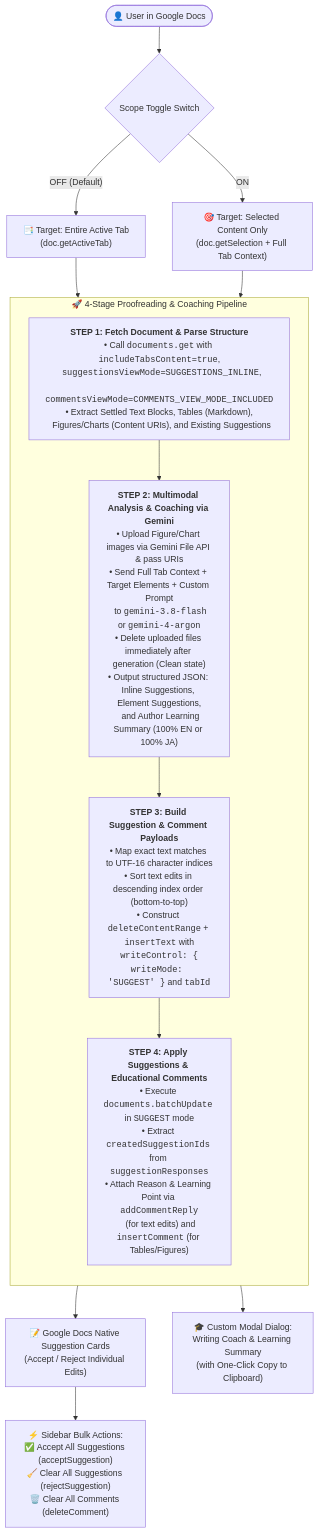
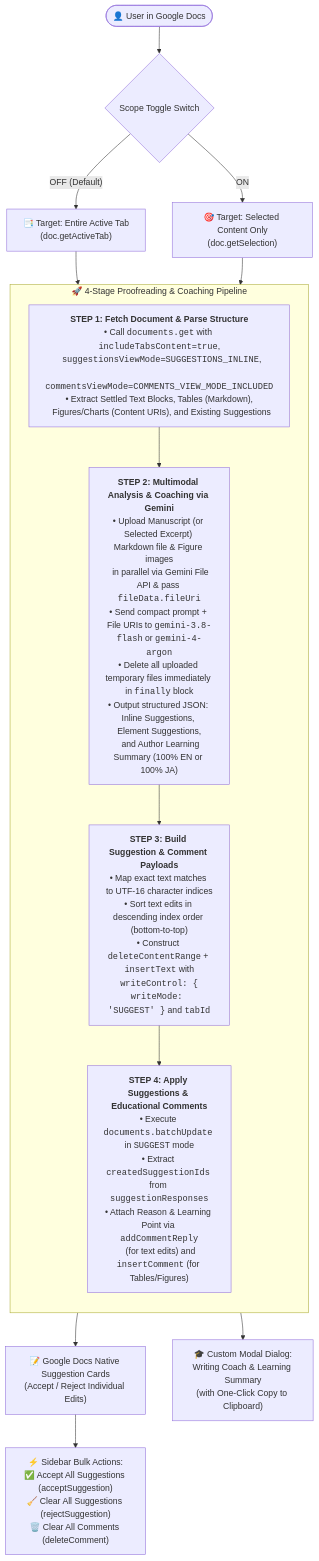
Before and after one commit to tanaikech/DocuMentorAI: the diagram in README.md, drawn with Mermaid. The commit also changed other lines of this file and 2 other files, not shown here.

Commit message:
Update to v1.0.1: Upload manuscript and selected excerpt via Gemini File API

````diff
--- a/README.md
+++ b/README.md
@@ -97,26 +97,26 @@
 ```mermaid
 flowchart TD
     User(["👤 User in Google Docs"]) --> Toggle{"Scope Toggle Switch"}
     Toggle -- "OFF (Default)" --> ScopeTab["📑 Target: Entire Active Tab<br/>(doc.getActiveTab)"]
-    Toggle -- "ON" --> ScopeSel["🎯 Target: Selected Content Only<br/>(doc.getSelection + Full Tab Context)"]
+    Toggle -- "ON" --> ScopeSel["🎯 Target: Selected Content Only<br/>(doc.getSelection)"]
 
     ScopeTab --> Step1
     ScopeSel --> Step1
 
     subgraph Pipeline ["🚀 4-Stage Proofreading & Coaching Pipeline"]
         direction TB
         Step1["<b>STEP 1: Fetch Document & Parse Structure</b><br/>• Call <code>documents.get</code> with <code>includeTabsContent=true</code>,<br/>  <code>suggestionsViewMode=SUGGESTIONS_INLINE</code>,<br/>  <code>commentsViewMode=COMMENTS_VIEW_MODE_INCLUDED</code><br/>• Extract Settled Text Blocks, Tables (Markdown),<br/>  Figures/Charts (Content URIs), and Existing Suggestions"]
 
-        Step2["<b>STEP 2: Multimodal Analysis & Coaching via Gemini</b><br/>• Upload Figure/Chart images via Gemini File API & pass URIs<br/>• Send Full Tab Context + Target Elements + Custom Prompt<br/>  to <code>gemini-3.8-flash</code> or <code>gemini-4-argon</code><br/>• Delete uploaded files immediately after generation (Clean state)<br/>• Output structured JSON: Inline Suggestions, Element Suggestions,<br/>  and Author Learning Summary (100% EN or 100% JA)"]
+        Step2["<b>STEP 2: Multimodal Analysis & Coaching via Gemini</b><br/>• Upload Manuscript (or Selected Excerpt) Markdown file & Figure images<br/>  in parallel via Gemini File API & pass <code>fileData.fileUri</code><br/>• Send compact prompt + File URIs to <code>gemini-3.8-flash</code> or <code>gemini-4-argon</code><br/>• Delete all uploaded temporary files immediately in <code>finally</code> block<br/>• Output structured JSON: Inline Suggestions, Element Suggestions,<br/>  and Author Learning Summary (100% EN or 100% JA)"]
 
         Step3["<b>STEP 3: Build Suggestion & Comment Payloads</b><br/>• Map exact text matches to UTF-16 character indices<br/>• Sort text edits in descending index order (bottom-to-top)<br/>• Construct <code>deleteContentRange</code> + <code>insertText</code> with<br/>  <code>writeControl: { writeMode: 'SUGGEST' }</code> and <code>tabId</code>"]
 
         Step4["<b>STEP 4: Apply Suggestions & Educational Comments</b><br/>• Execute <code>documents.batchUpdate</code> in <code>SUGGEST</code> mode<br/>• Extract <code>createdSuggestionIds</code> from <code>suggestionResponses</code><br/>• Attach Reason & Learning Point via <code>addCommentReply</code><br/>  (for text edits) and <code>insertComment</code> (for Tables/Figures)"]
 
         Step1 --> Step2 --> Step3 --> Step4
     end
 
     Step4 --> DocUI["📝 Google Docs Native Suggestion Cards<br/>(Accept / Reject Individual Edits)"]
     Step4 --> SummaryModal["🎓 Custom Modal Dialog:<br/>Writing Coach & Learning Summary<br/>(with One-Click Copy to Clipboard)"]
     DocUI --> BulkActions["⚡ Sidebar Bulk Actions:<br/>✅ Accept All Suggestions (acceptSuggestion)<br/>🧹 Clear All Suggestions (rejectSuggestion)<br/>🗑️ Clear All Comments (deleteComment)"]
 ```
````
